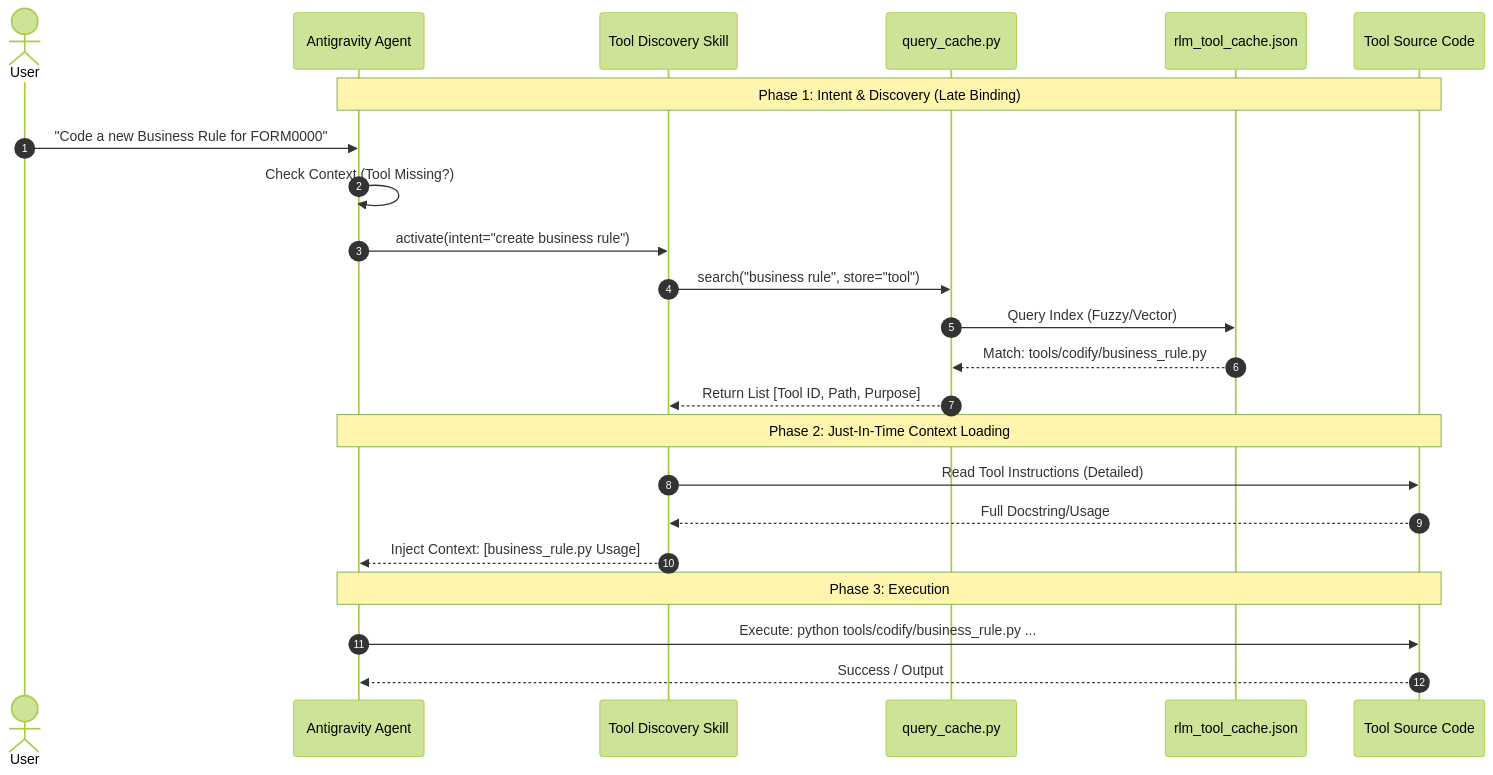
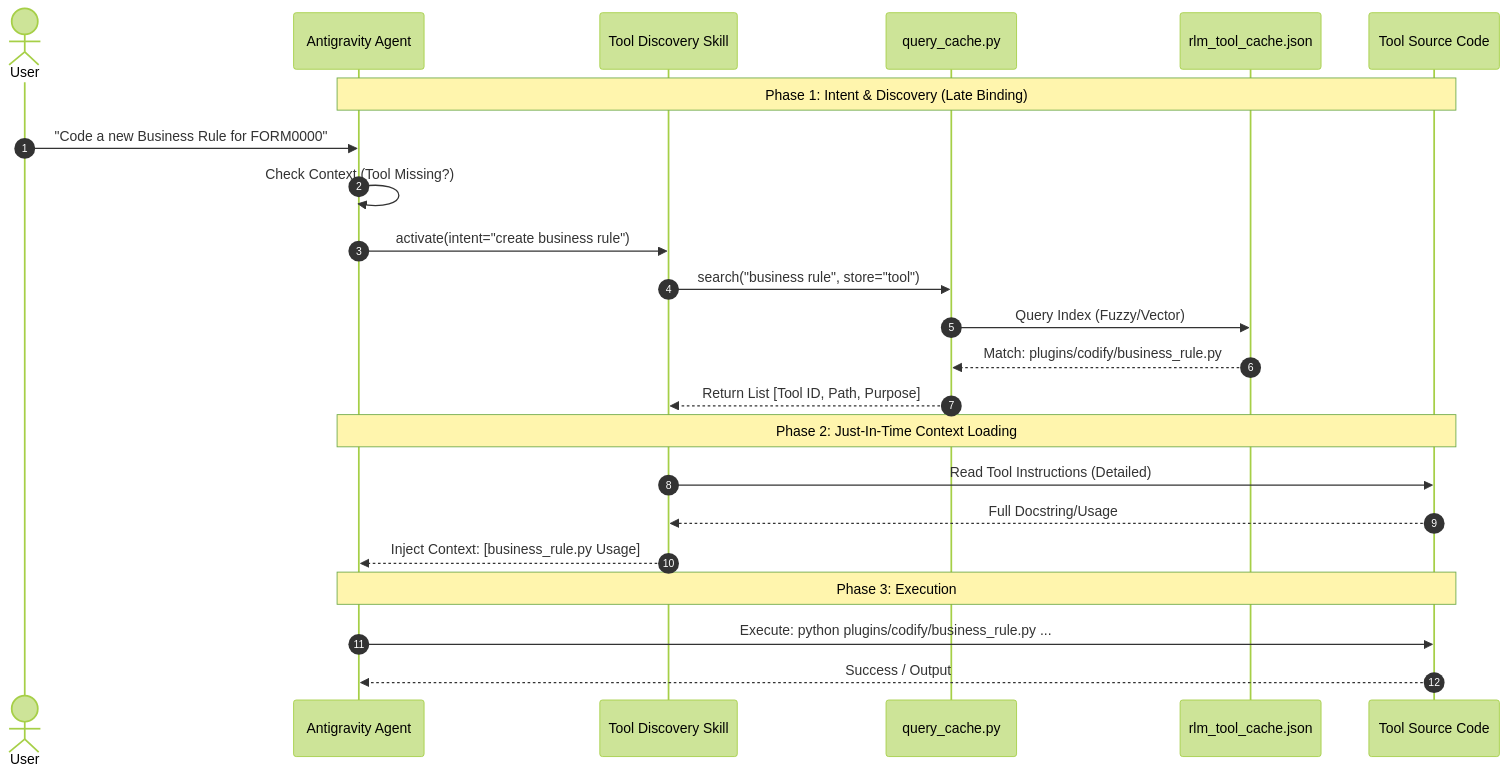
One commit to richfrem/Project_Sanctuary changed the diagram in plugins/rlm-factory/skills/rlm-curator/references/diagrams/rlm_late_binding_flow.mmd. Above: the diagram before and after it, drawn with Mermaid (forest theme). The commit also changed 1551 other files, not shown here.

```diff
--- a/plugins/rlm-factory/skills/rlm-curator/references/diagrams/rlm_late_binding_flow.mmd
+++ b/plugins/rlm-factory/skills/rlm-curator/references/diagrams/rlm_late_binding_flow.mmd
@@ -1,27 +1,27 @@
 sequenceDiagram
     autonumber
     actor User
     participant Agent as Antigravity Agent
     participant Skill as Tool Discovery Skill
     participant Search as query_cache.py
     participant Cache as rlm_tool_cache.json
     participant FileSystem as Tool Source Code
 
     note over Agent, FileSystem: Phase 1: Intent & Discovery (Late Binding)
     User->>Agent: "Code a new Business Rule for FORM0000"
     Agent->>Agent: Check Context (Tool Missing?)
     Agent->>Skill: activate(intent="create business rule")
     
     Skill->>Search: search("business rule", store="tool")
     Search->>Cache: Query Index (Fuzzy/Vector)
-    Cache-->>Search: Match: tools/codify/business_rule.py
+    Cache-->>Search: Match: plugins/codify/business_rule.py
     Search-->>Skill: Return List [Tool ID, Path, Purpose]
 
     note over Agent, FileSystem: Phase 2: Just-In-Time Context Loading
     Skill->>FileSystem: Read Tool Instructions (Detailed)
     FileSystem-->>Skill: Full Docstring/Usage
     Skill-->>Agent: Inject Context: [business_rule.py Usage]
 
     note over Agent, FileSystem: Phase 3: Execution
-    Agent->>FileSystem: Execute: python tools/codify/business_rule.py ...
+    Agent->>FileSystem: Execute: python plugins/codify/business_rule.py ...
     FileSystem-->>Agent: Success / Output
```
